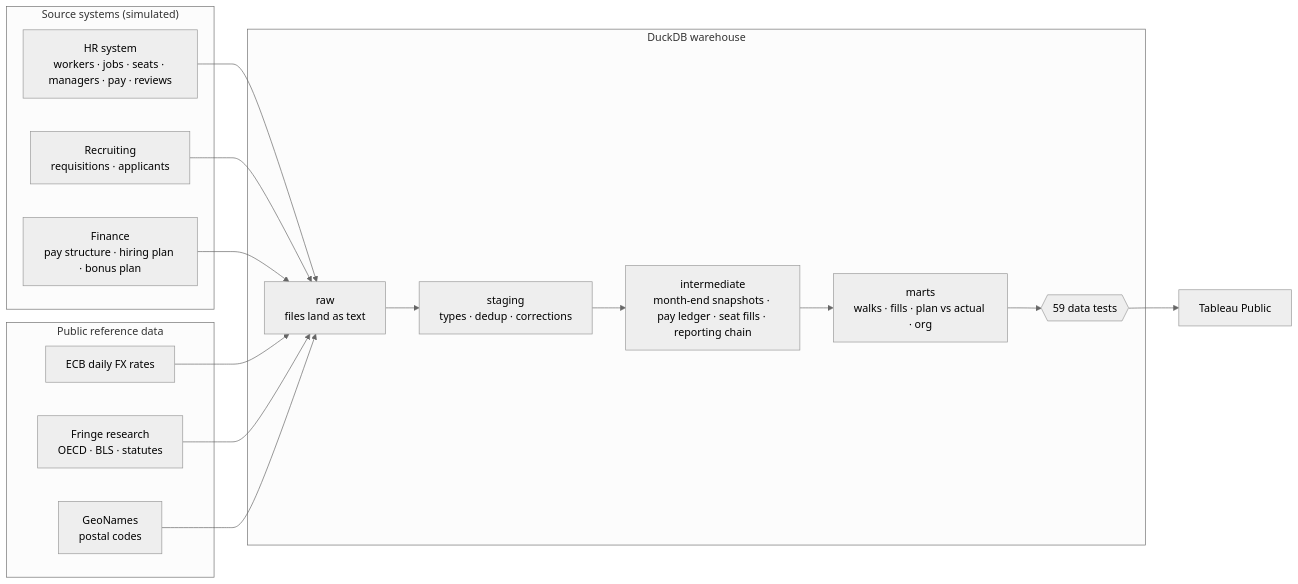
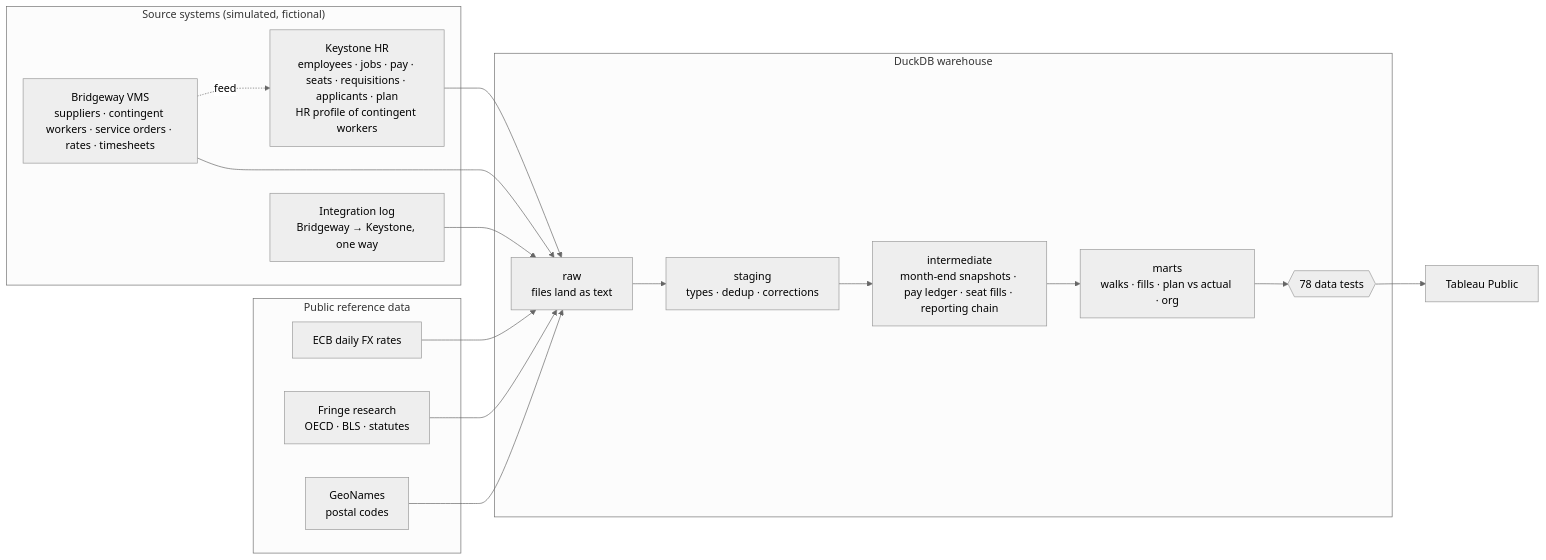
Before and after one commit to thialp/people-analytics-warehouse: the first of 2 diagrams in README.md, drawn with Mermaid (neutral theme). The commit also changed other lines of this file and 163 other files, not shown here.

````diff
--- a/README.md
+++ b/README.md
@@ -38,28 +38,29 @@
 ```mermaid
 flowchart LR
-    subgraph Sources["Source systems (simulated)"]
-        HR["HR system<br/>workers · jobs · seats · managers · pay · reviews"]
-        ATS["Recruiting<br/>requisitions · applicants"]
-        FIN["Finance<br/>pay structure · hiring plan · bonus plan"]
+    subgraph Sources["Source systems (simulated, fictional)"]
+        HR["Keystone HR<br/>employees · jobs · pay · seats · requisitions · applicants · plan<br/>HR profile of contingent workers"]
+        VMS["Bridgeway VMS<br/>suppliers · contingent workers · service orders · rates · timesheets"]
+        FEED["Integration log<br/>Bridgeway → Keystone, one way"]
     end
     subgraph Public["Public reference data"]
         ECB["ECB daily FX rates"]
         FRG["Fringe research<br/>OECD · BLS · statutes"]
         GEO["GeoNames<br/>postal codes"]
     end
     subgraph WH["DuckDB warehouse"]
         RAW["raw<br/>files land as text"]
         STG["staging<br/>types · dedup · corrections"]
         INT["intermediate<br/>month-end snapshots · pay ledger · seat fills · reporting chain"]
         MART["marts<br/>walks · fills · plan vs actual · org"]
-        TEST{{"59 data tests"}}
+        TEST{{"78 data tests"}}
     end
     TAB["Tableau Public"]
+    VMS -. feed .-> HR
     HR --> RAW
-    ATS --> RAW
-    FIN --> RAW
+    VMS --> RAW
+    FEED --> RAW
     ECB --> RAW
     FRG --> RAW
     GEO --> RAW
     RAW --> STG --> INT --> MART --> TEST --> TAB
 ```
````
